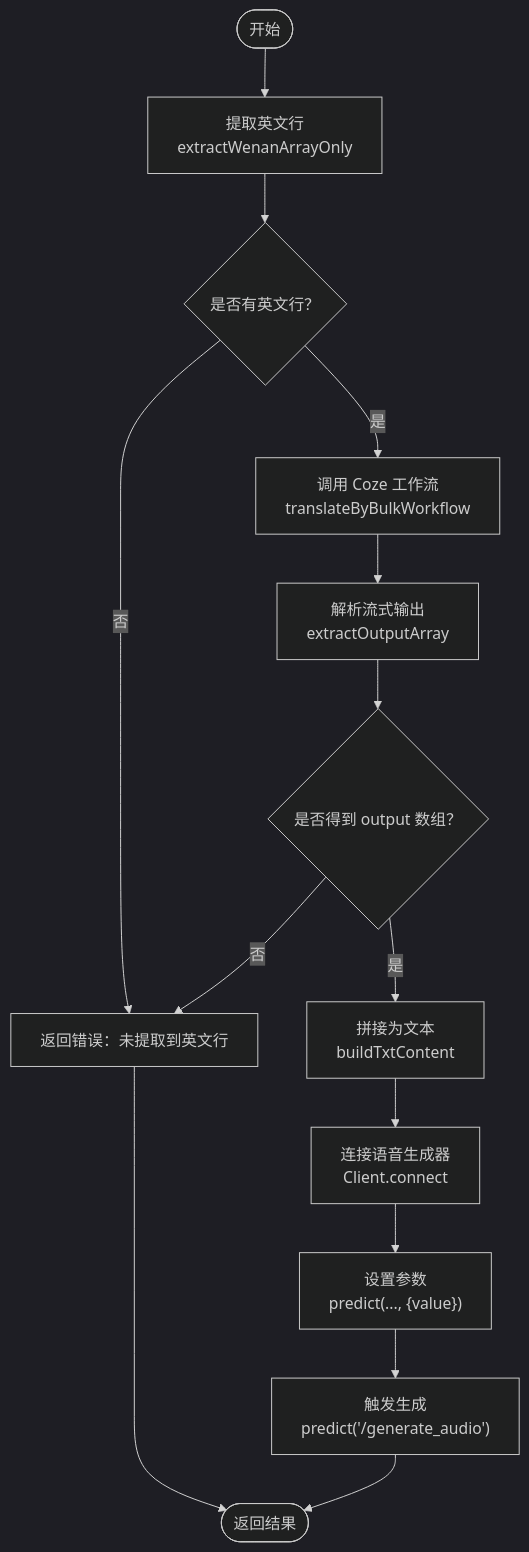
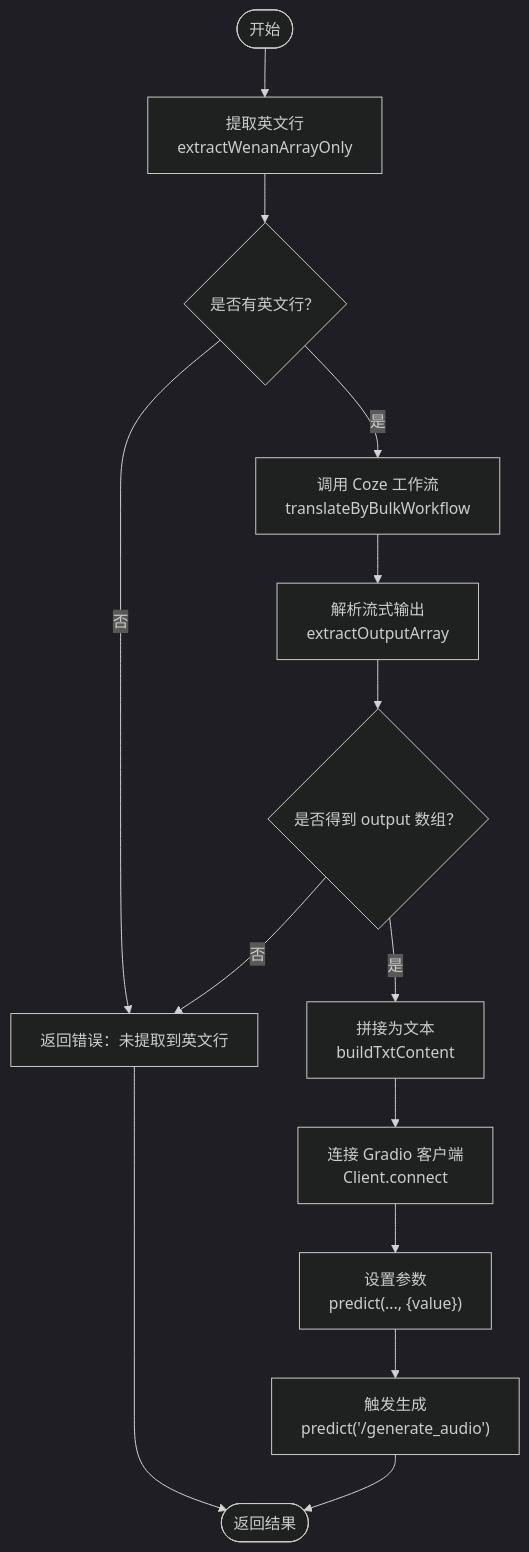
One commit to hanksd769-droid/sailshub changed the third of 4 diagrams in .qoder/repowiki/zh/content/语音生成系统.md. Above: the diagram before and after it, drawn with Mermaid (dark theme). The commit also changed other lines of this file and 6 other files, not shown here.

````diff
--- a/.qoder/repowiki/zh/content/语音生成系统.md
+++ b/.qoder/repowiki/zh/content/语音生成系统.md
@@ -181,16 +179,16 @@
 ```mermaid
 flowchart TD
 Start(["开始"]) --> Extract["提取英文行<br/>extractWenanArrayOnly"]
 Extract --> HasLines{"是否有英文行？"}
 HasLines -- 否 --> Err["返回错误：未提取到英文行"]
 HasLines -- 是 --> Translate["调用 Coze 工作流<br/>translateByBulkWorkflow"]
 Translate --> Parse["解析流式输出<br/>extractOutputArray"]
 Parse --> GotOutput{"是否得到 output 数组？"}
 GotOutput -- 否 --> Err
 GotOutput -- 是 --> BuildTxt["拼接为文本<br/>buildTxtContent"]
-BuildTxt --> Connect["连接语音生成器<br/>Client.connect"]
+BuildTxt --> Connect["连接 Gradio 客户端<br/>Client.connect"]
 Connect --> SetParams["设置参数<br/>predict(..., {value})"]
 SetParams --> Generate["触发生成<br/>predict('/generate_audio')"]
 Generate --> Done(["返回结果"])
 Err --> Done
 ```
````
